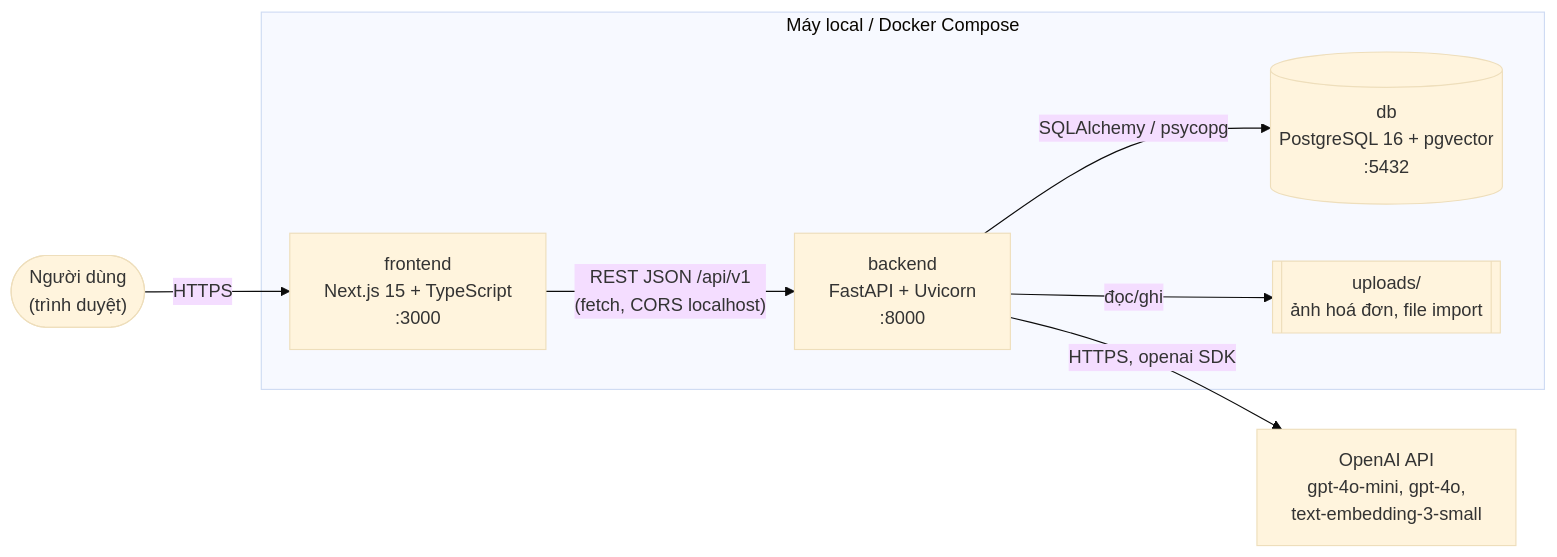
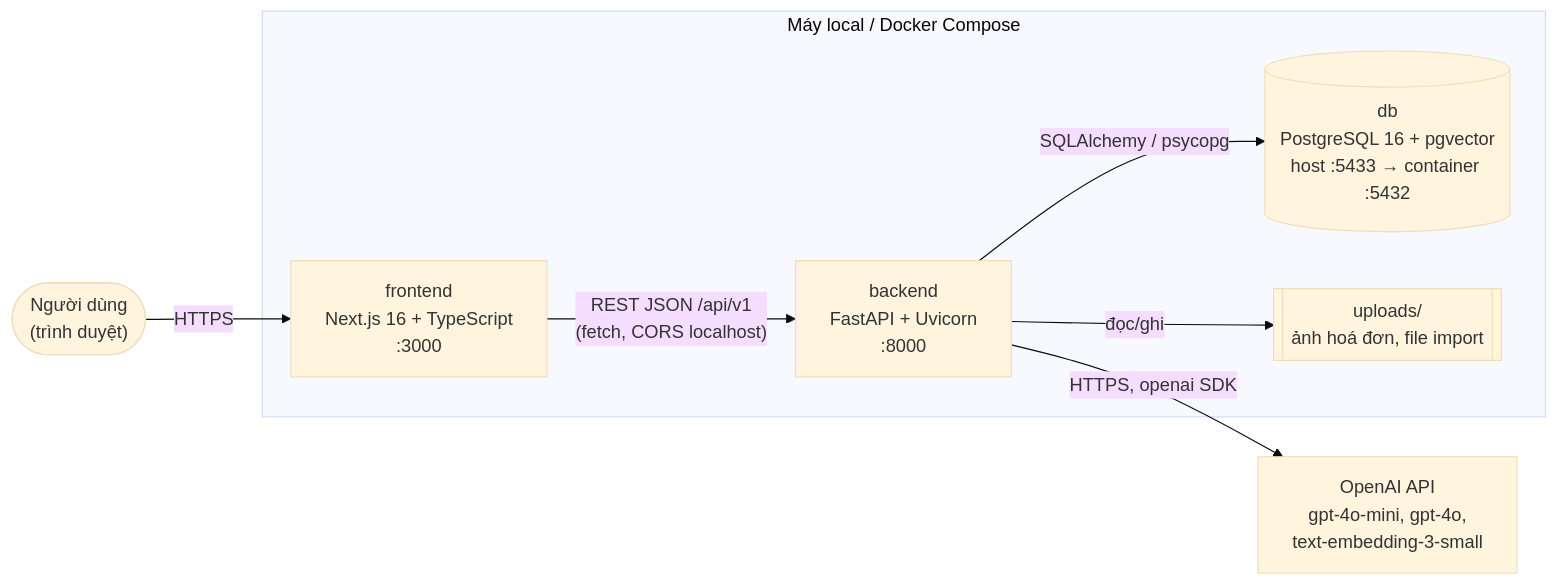
One commit to dangbh96/AI-personal-finance-assistant changed the diagram in docs/architecture/containers.md. Above: the diagram before and after it, drawn with Mermaid (base theme). The commit also changed other lines of this file and 57 other files, not shown here.

````diff
--- a/docs/architecture/containers.md
+++ b/docs/architecture/containers.md
@@ -3,19 +3,19 @@
 ```mermaid
 flowchart LR
     user(["Người dùng<br/>(trình duyệt)"])
 
     subgraph local ["Máy local / Docker Compose"]
-        fe["frontend<br/>Next.js 15 + TypeScript<br/>:3000"]
+        fe["frontend<br/>Next.js 16 + TypeScript<br/>:3000"]
         be["backend<br/>FastAPI + Uvicorn<br/>:8000"]
-        db[("db<br/>PostgreSQL 16 + pgvector<br/>:5432")]
+        db[("db<br/>PostgreSQL 16 + pgvector<br/>host :5433 → container :5432")]
         files[["uploads/<br/>ảnh hoá đơn, file import"]]
     end
 
     openai["OpenAI API<br/>gpt-4o-mini, gpt-4o,<br/>text-embedding-3-small"]
 
     user -->|"HTTPS"| fe
     fe -->|"REST JSON /api/v1<br/>(fetch, CORS localhost)"| be
     be -->|"SQLAlchemy / psycopg"| db
     be -->|"đọc/ghi"| files
     be -->|"HTTPS, openai SDK"| openai
 ```
````
